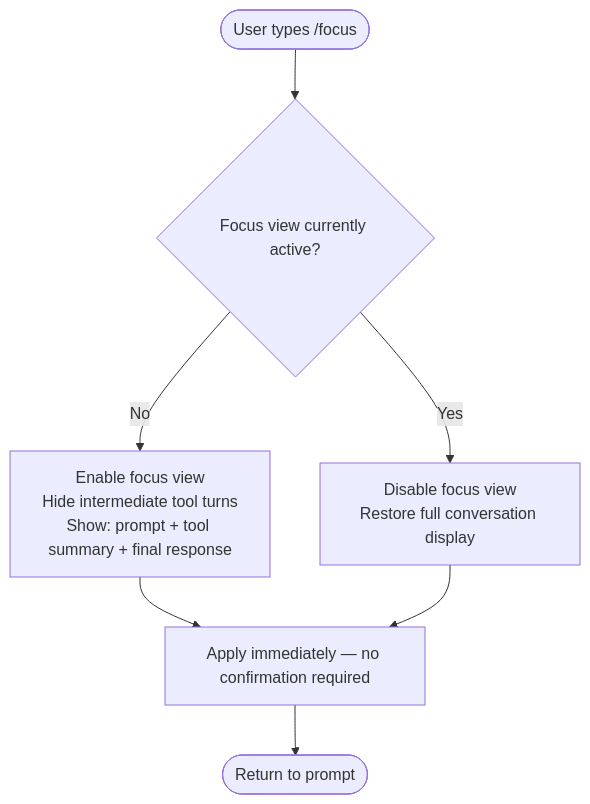
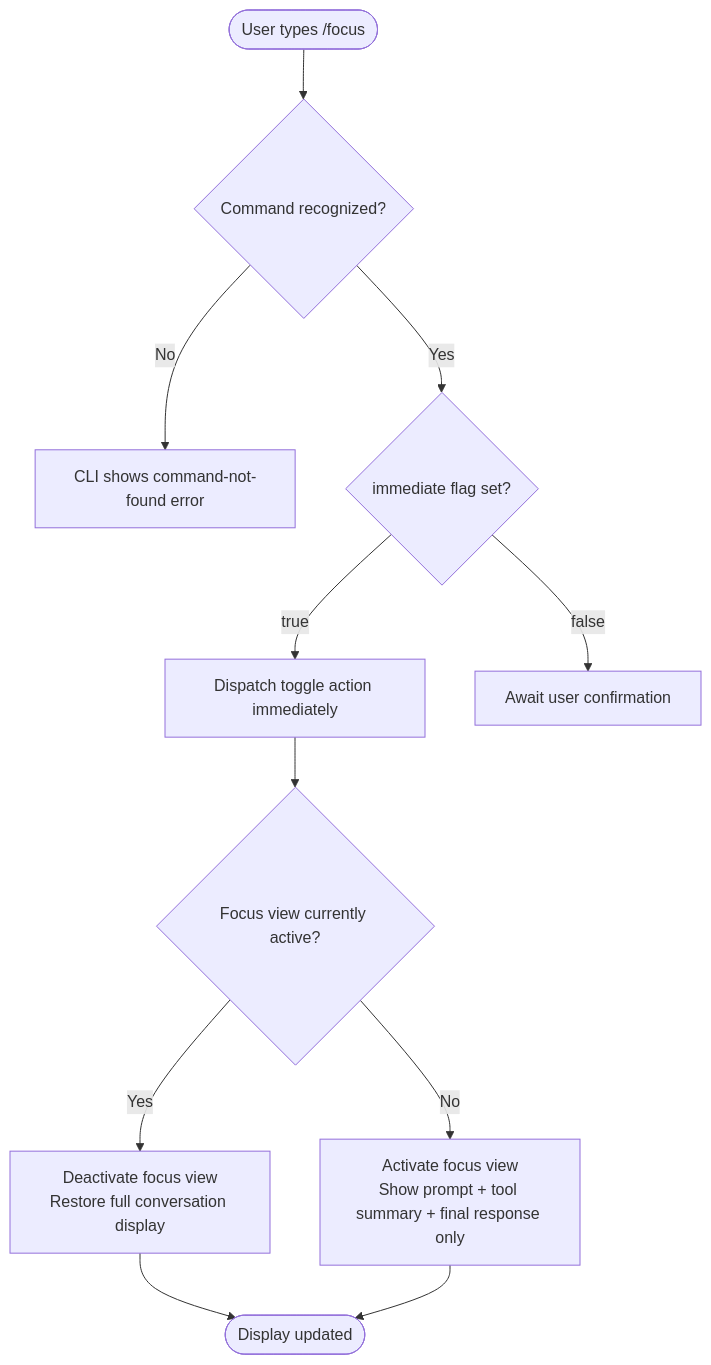
One commit to MyLittleLuckyDog/cc-gnothi changed the diagram in versions/v2.1.143/focus.md. Above: the diagram before and after it, drawn with Mermaid. The commit also changed other lines of this file and 87 other files, not shown here.

````diff
--- a/versions/v2.1.143/focus.md
+++ b/versions/v2.1.143/focus.md
@@ -46,9 +49,13 @@
 ```mermaid
 flowchart TD
-    A([User types /focus]) --> B{Focus view currently active?}
-    B -- No --> C[Enable focus view\nHide intermediate tool turns\nShow: prompt + tool summary + final response]
-    B -- Yes --> D[Disable focus view\nRestore full conversation display]
-    C --> E[Apply immediately — no confirmation required]
-    D --> E
-    E --> F([Return to prompt])
+    A([User types /focus]) --> B{Command recognized?}
+    B -- No --> C[CLI shows command-not-found error]
+    B -- Yes --> D{immediate flag set?}
+    D -- true --> E[Dispatch toggle action immediately]
+    D -- false --> F[Await user confirmation]
+    E --> G{Focus view currently active?}
+    G -- Yes --> H[Deactivate focus view\nRestore full conversation display]
+    G -- No --> I[Activate focus view\nShow prompt + tool summary + final response only]
+    H --> J([Display updated])
+    I --> J
 ```
````
